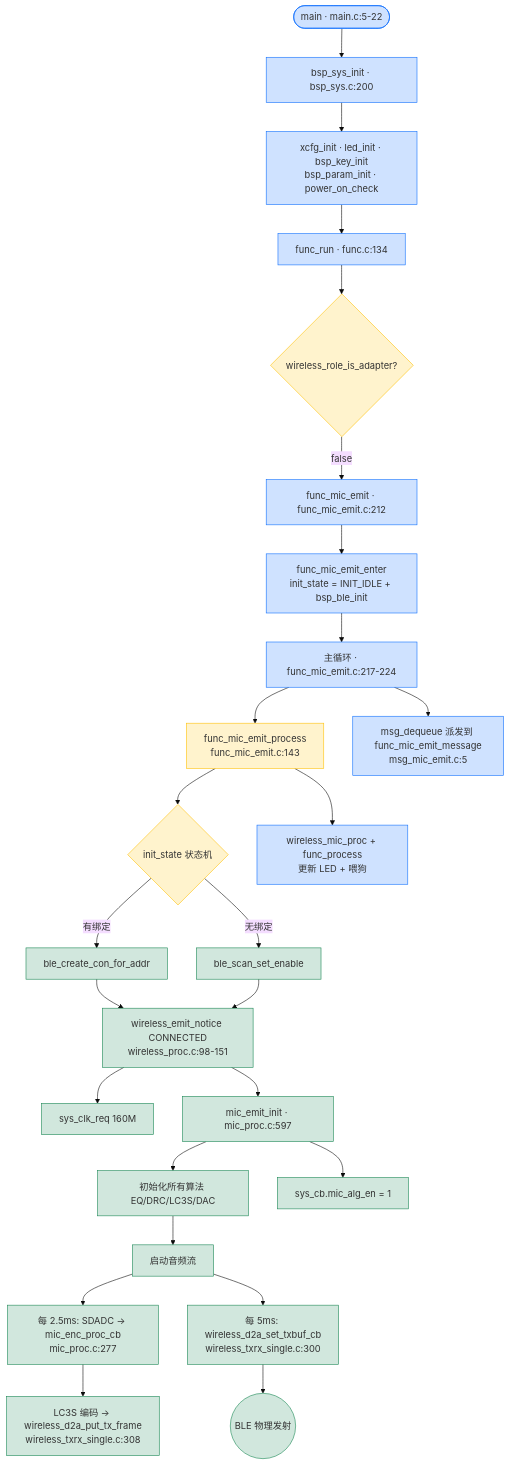
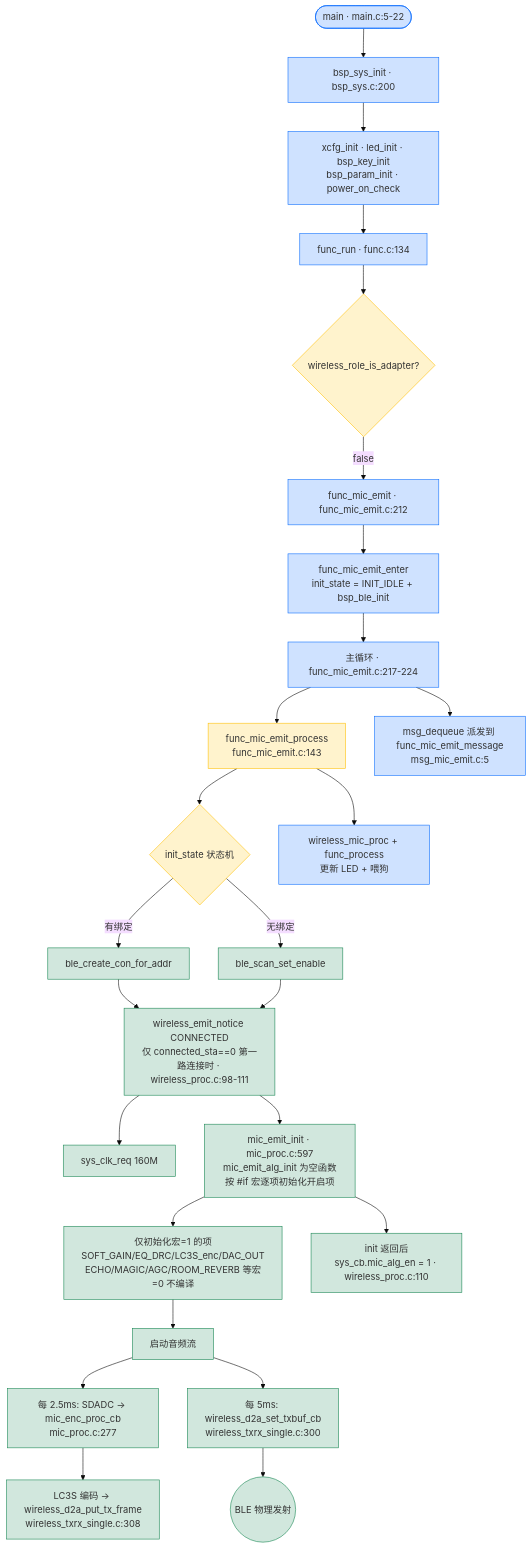
One commit to zglstudylinux/sdk_ab5766_le_mic2_v011_s8684 changed the sixth of 11 diagrams in docs/SDK/AB5766_发射端_Mic_Emit_实现详解.md. Above: the diagram before and after it, drawn with Mermaid (base theme). The commit also changed other lines of this file and 1 other file, not shown here.

````diff
--- a/docs/SDK/AB5766_发射端_Mic_Emit_实现详解.md
+++ b/docs/SDK/AB5766_发射端_Mic_Emit_实现详解.md
@@ -773,33 +827,33 @@
 ```mermaid
 flowchart TD
     boot([main · main.c:5-22]) --> bsp[bsp_sys_init · bsp_sys.c:200]
     bsp --> bspwork[xcfg_init · led_init · bsp_key_init<br/>bsp_param_init · power_on_check]
     bspwork --> fr[func_run · func.c:134]
     fr --> role{wireless_role_is_adapter?}
     role -->|false| me[func_mic_emit · func_mic_emit.c:212]
     me --> enter[func_mic_emit_enter<br/>init_state = INIT_IDLE + bsp_ble_init]
     enter --> loop[主循环 · func_mic_emit.c:217-224]
     loop --> proc_f[func_mic_emit_process<br/>func_mic_emit.c:143]
     proc_f --> scan{init_state 状态机}
     scan -->|有绑定| bond[ble_create_con_for_addr]
     scan -->|无绑定| scn[ble_scan_set_enable]
     proc_f --> other[wireless_mic_proc + func_process<br/>更新 LED + 喂狗]
     loop --> msg[msg_dequeue 派发到 func_mic_emit_message<br/>msg_mic_emit.c:5]
-    bond --> conn[wireless_emit_notice CONNECTED<br/>wireless_proc.c:98-151]
+    bond --> conn[wireless_emit_notice CONNECTED<br/>仅 connected_sta==0 第一路连接时 · wireless_proc.c:98-111]
     scn --> conn
     conn --> c1[sys_clk_req 160M]
-    conn --> c2[mic_emit_init · mic_proc.c:597]
-    c2 --> alg[初始化所有算法 EQ/DRC/LC3S/DAC]
-    c2 --> c3[sys_cb.mic_alg_en = 1]
+    conn --> c2[mic_emit_init · mic_proc.c:597<br/>mic_emit_alg_init 为空函数<br/>按 #if 宏逐项初始化开启项]
+    c2 --> alg[仅初始化宏=1 的项<br/>SOFT_GAIN/EQ_DRC/LC3S_enc/DAC_OUT<br/>ECHO/MAGIC/AGC/ROOM_REVERB 等宏=0 不编译]
+    c2 --> c3[init 返回后<br/>sys_cb.mic_alg_en = 1 · wireless_proc.c:110]
     alg --> stream[启动音频流]
     stream --> t1[每 2.5ms: SDADC &rarr; mic_enc_proc_cb<br/>mic_proc.c:277]
     t1 --> t2[LC3S 编码 &rarr; wireless_d2a_put_tx_frame<br/>wireless_txrx_single.c:308]
     stream --> t3[每 5ms: wireless_d2a_set_txbuf_cb<br/>wireless_txrx_single.c:300]
     t3 --> t4((BLE 物理发射))
     classDef sys fill:#cfe2ff,stroke:#0d6efd
     classDef mid fill:#fff3cd,stroke:#ffc107
     classDef out fill:#d1e7dd,stroke:#198754
     class boot,bsp,bspwork,fr,me,enter,loop,other,msg sys
     class role,scan,proc_f mid
     class bond,scn,conn,c1,c2,c3,alg,stream,t1,t2,t3,t4 out
 ```
````
